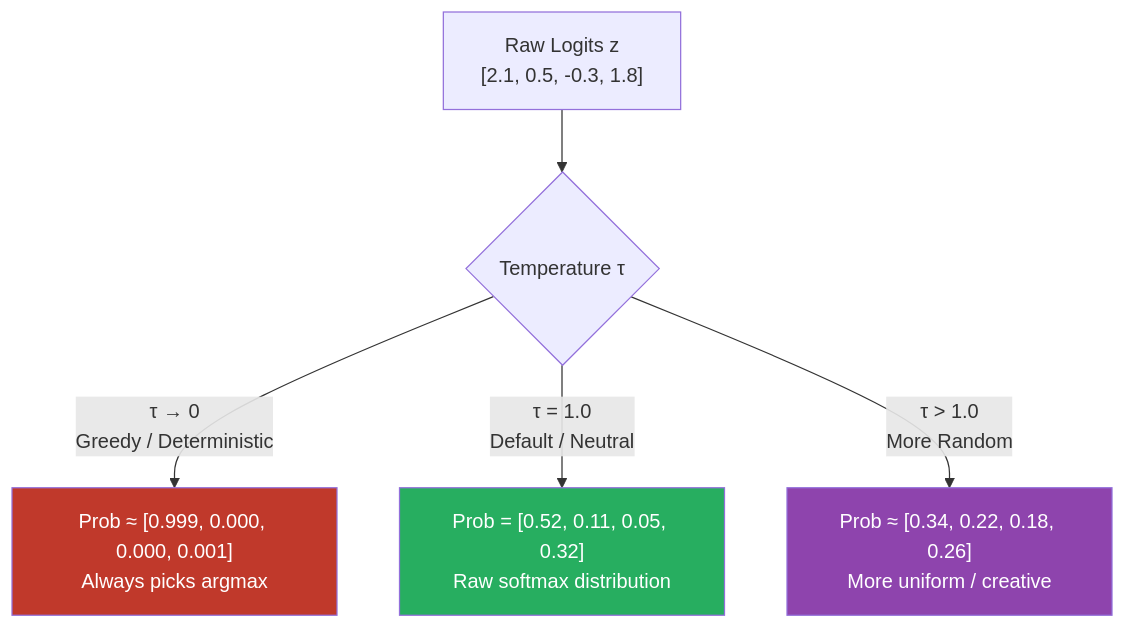
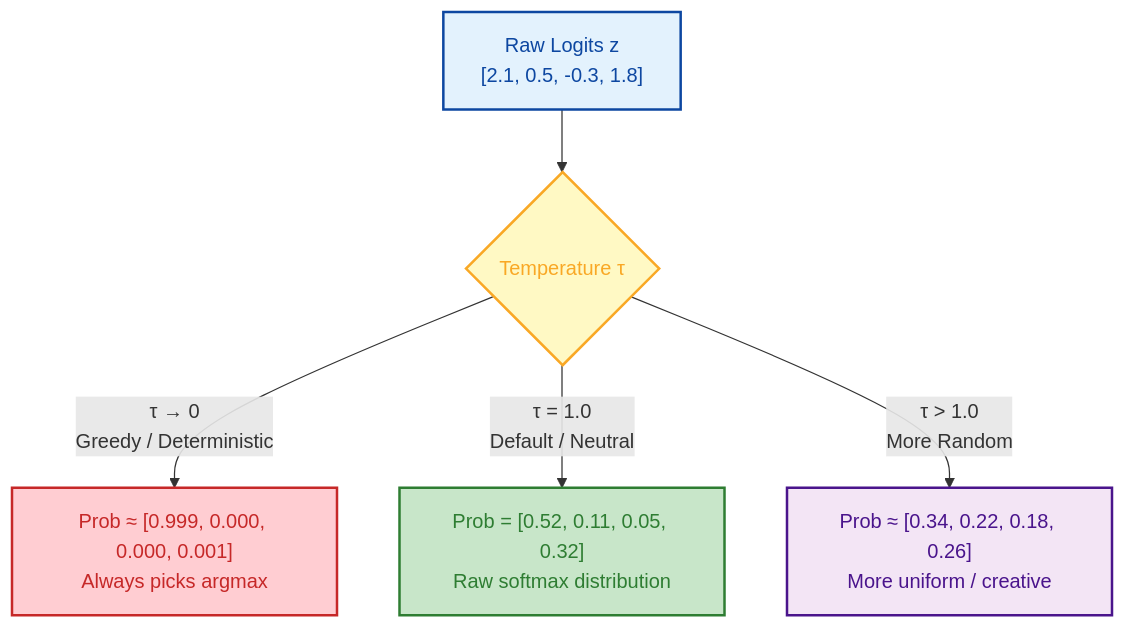
The fifth of 7 diagrams in docs/01-prompt-engineering/README.md (GyanendraChaubey/AI-Engineering-Notes), drawn with Mermaid before and after one commit. The commit also changed other lines of this file and 15 other files, not shown here.

Commit message:
style: apply light color palette to remaining Mermaid diagrams (docs 15 & 16)

````diff
--- a/docs/01-prompt-engineering/README.md
+++ b/docs/01-prompt-engineering/README.md
@@ -358,10 +376,12 @@
 ```mermaid
 graph TD
     A["Raw Logits z\n[2.1, 0.5, -0.3, 1.8]"] --> B{"Temperature τ"}
     B -->|"τ → 0\nGreedy / Deterministic"| C["Prob ≈ [0.999, 0.000, 0.000, 0.001]\nAlways picks argmax"]
     B -->|"τ = 1.0\nDefault / Neutral"| D["Prob = [0.52, 0.11, 0.05, 0.32]\nRaw softmax distribution"]
     B -->|"τ > 1.0\nMore Random"| E["Prob ≈ [0.34, 0.22, 0.18, 0.26]\nMore uniform / creative"]
-    style C fill:#c0392b,color:#fff
-    style D fill:#27ae60,color:#fff
-    style E fill:#8e44ad,color:#fff
+    style A fill:#e3f2fd,stroke:#0d47a1,stroke-width:2px,color:#0d47a1
+    style B fill:#fff9c4,stroke:#f9a825,stroke-width:2px,color:#f9a825
+    style C fill:#ffcdd2,stroke:#c62828,stroke-width:2px,color:#c62828
+    style D fill:#c8e6c9,stroke:#2e7d32,stroke-width:2px,color:#2e7d32
+    style E fill:#f3e5f5,stroke:#4a148c,stroke-width:2px,color:#4a148c
 ```
````
